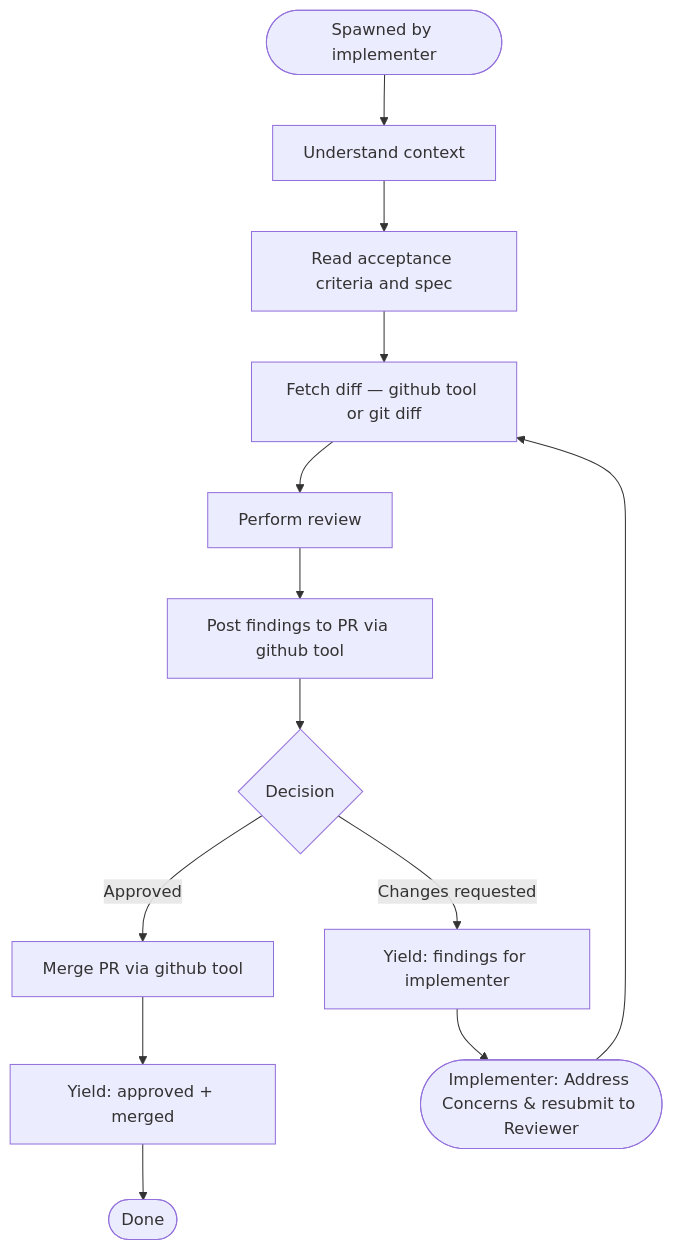
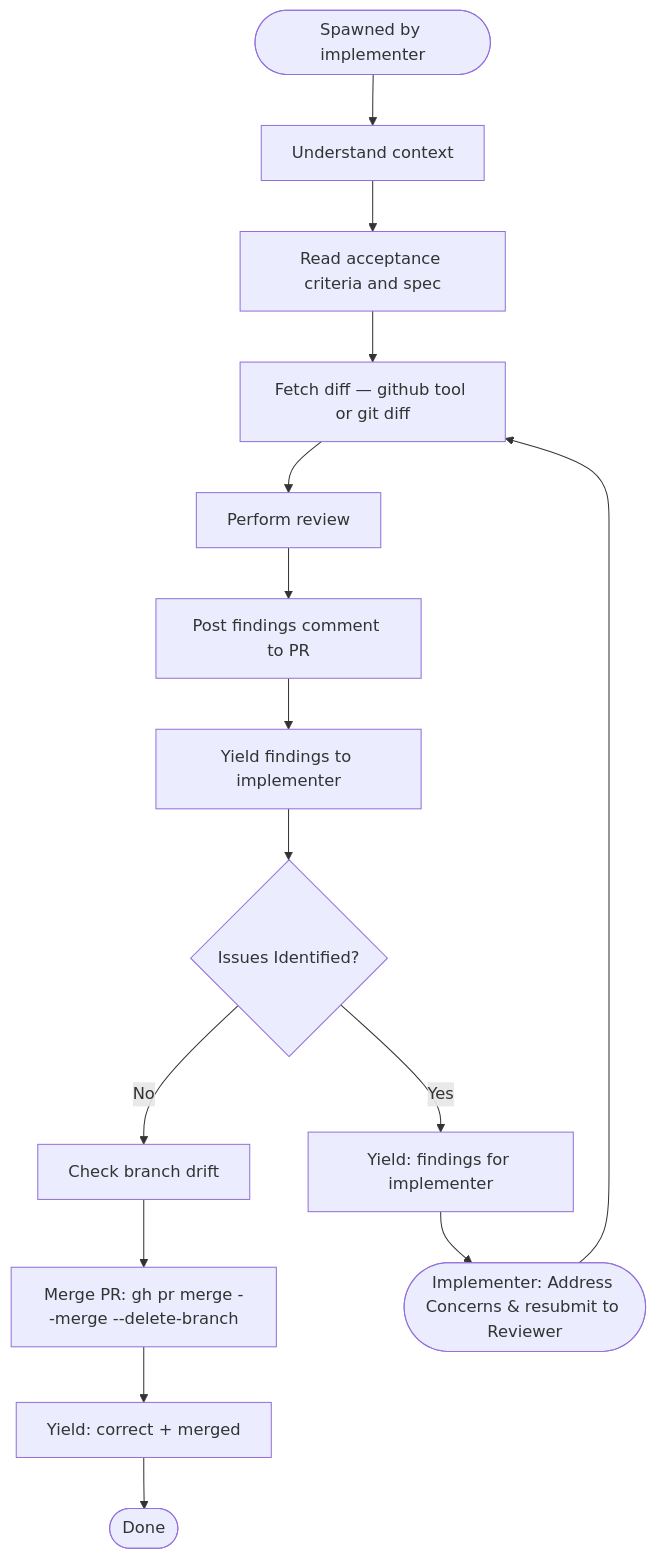
Before and after one commit to czer323/pit-lane: the diagram in .omp/agents/pit-reviewer.md, drawn with Mermaid. The commit also changed other lines of this file, not shown here.

Commit message:
docs(agent): Update pit reviewer workflow for PR review process
Update flowchart and procedure to reflect new PR review workflow with:
- Separate posting findings and yielding to implementer
- Branch drift check before merging
- Clearer decision flow for approved vs changes requested
- Updated bash tool restrictions

````diff
--- a/.omp/agents/pit-reviewer.md
+++ b/.omp/agents/pit-reviewer.md
@@ -64,18 +64,20 @@
 ```mermaid
 flowchart TD
     Start(["Spawned by implementer"]) --> Context[Understand context]
     Context --> A1[Read acceptance criteria and spec]
     A1 --> Fetch[Fetch diff — github tool or git diff]
     Fetch --> Review[Perform review]
 
-    Review --> Post[Post findings to PR via github tool]
-    Post --> Decision{Decision}
+    Review --> Post[Post findings comment to PR]
+    Post --> Yield[Yield findings to implementer]
+    Yield --> Decision{Issues Identified?}
 
-    Decision -->|Approved| Merge[Merge PR via github tool]
-    Merge --> YieldApproved[Yield: approved + merged]
+    Decision -->|No| Drift[Check branch drift]
+    Drift --> Merge[Merge PR: gh pr merge --merge --delete-branch]
+    Merge --> YieldApproved[Yield: correct + merged]
     YieldApproved --> Done(["Done"])
 
-    Decision -->|Changes requested| YieldFindings[Yield: findings for implementer]
+    Decision -->|Yes| YieldFindings[Yield: findings for implementer]
     YieldFindings --> Wait(["Implementer: Address Concerns & resubmit to Reviewer"])
     Wait --> Fetch
 ```
````
